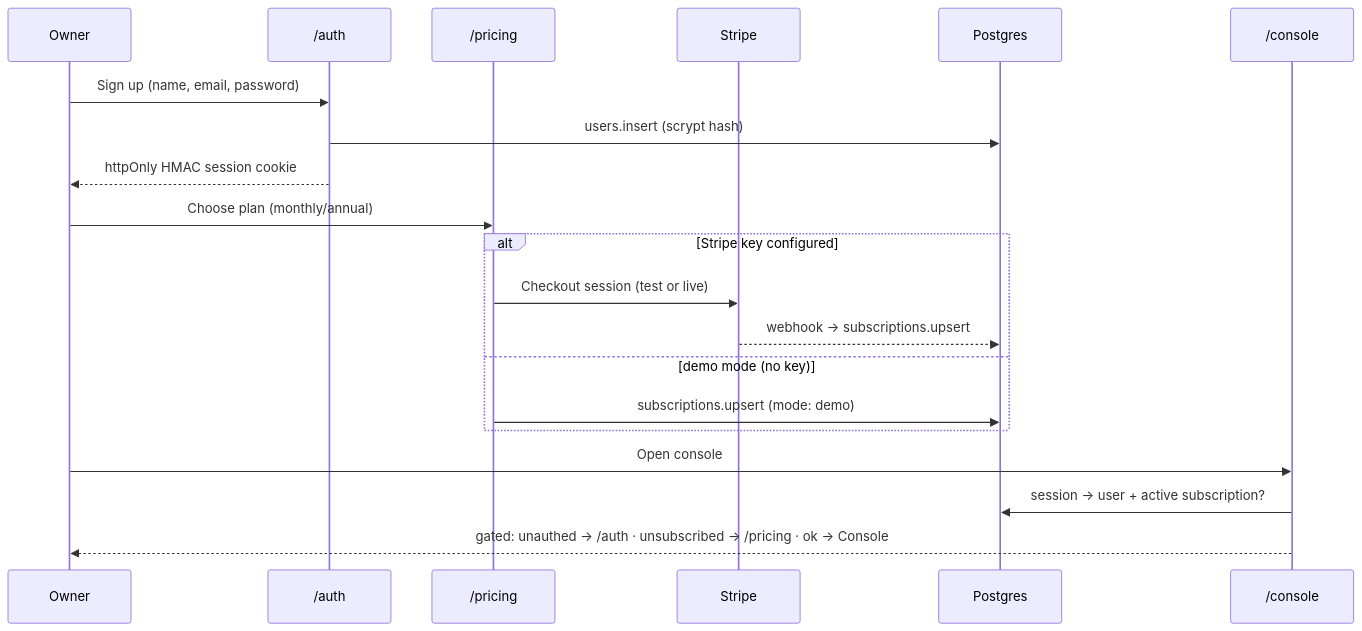
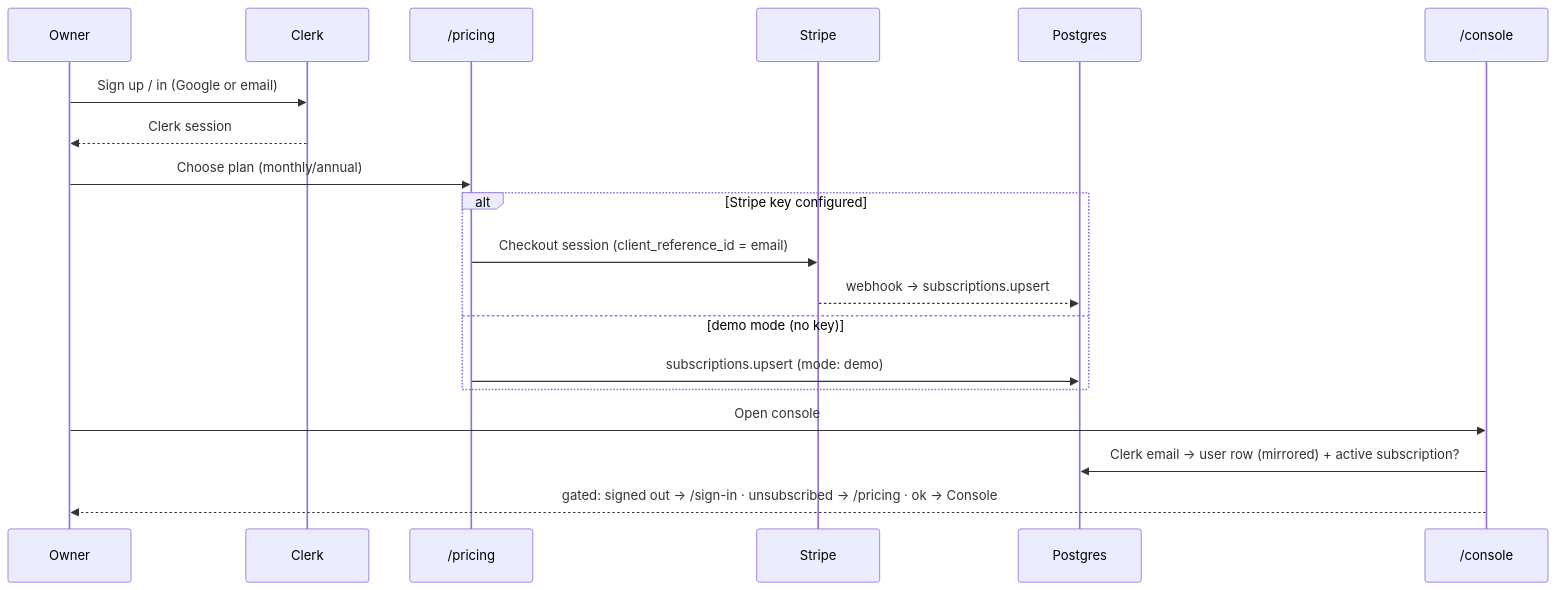
The third of 4 diagrams in ARCHITECTURE.md (rohitdvv/swell), drawn with Mermaid before and after one commit. The commit also changed other lines of this file and 13 other files, not shown here.

````diff
--- a/ARCHITECTURE.md
+++ b/ARCHITECTURE.md
@@ -127,23 +148,22 @@
 ```mermaid
 sequenceDiagram
   participant U as Owner
-  participant A as /auth
+  participant K as Clerk
   participant P as /pricing
   participant S as Stripe
   participant DB as Postgres
   participant C as /console
 
-  U->>A: Sign up (name, email, password)
-  A->>DB: users.insert (scrypt hash)
-  A-->>U: httpOnly HMAC session cookie
+  U->>K: Sign up / in (Google or email)
+  K-->>U: Clerk session
   U->>P: Choose plan (monthly/annual)
   alt Stripe key configured
-    P->>S: Checkout session (test or live)
+    P->>S: Checkout session (client_reference_id = email)
     S-->>DB: webhook → subscriptions.upsert
   else demo mode (no key)
     P->>DB: subscriptions.upsert (mode: demo)
   end
   U->>C: Open console
-  C->>DB: session → user + active subscription?
-  C-->>U: gated: unauthed → /auth · unsubscribed → /pricing · ok → Console
+  C->>DB: Clerk email → user row (mirrored) + active subscription?
+  C-->>U: gated: signed out → /sign-in · unsubscribed → /pricing · ok → Console
 ```
````
